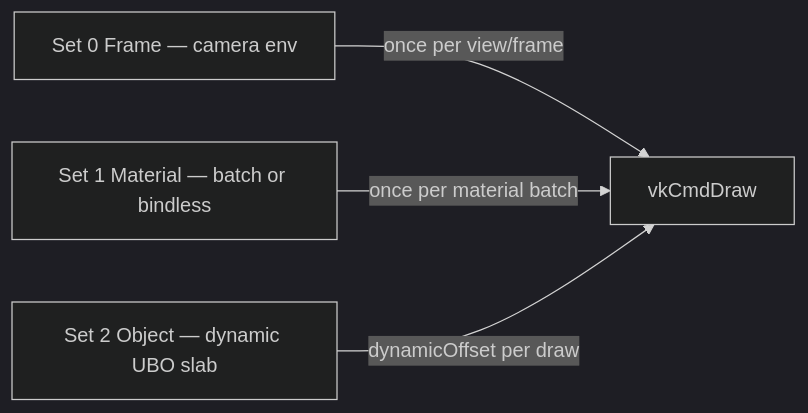
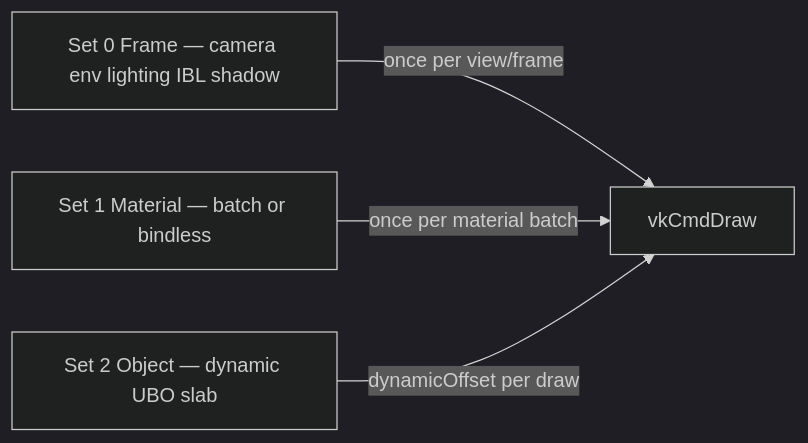
One commit to PluseggWill/SiriusEngine_VulkanReboot changed the tenth of 13 diagrams in Docs/EngineArchitecture.md. Above: the diagram before and after it, drawn with Mermaid (dark theme). The commit also changed other lines of this file and 26 other files, not shown here.

First line of the commit message:
[Lighting] Close S5 IBL/shadows task (Step 8).

````diff
--- a/Docs/EngineArchitecture.md
+++ b/Docs/EngineArchitecture.md
@@ -252,10 +252,10 @@
 ```mermaid
 flowchart LR
-  S0[Set 0 Frame — camera env]
+  S0[Set 0 Frame — camera env lighting IBL shadow]
   S1[Set 1 Material — batch or bindless]
   S2[Set 2 Object — dynamic UBO slab]
 
   S0 -->|once per view/frame| DRAW[vkCmdDraw]
   S1 -->|once per material batch| DRAW
   S2 -->|dynamicOffset per draw| DRAW
 ```
````
